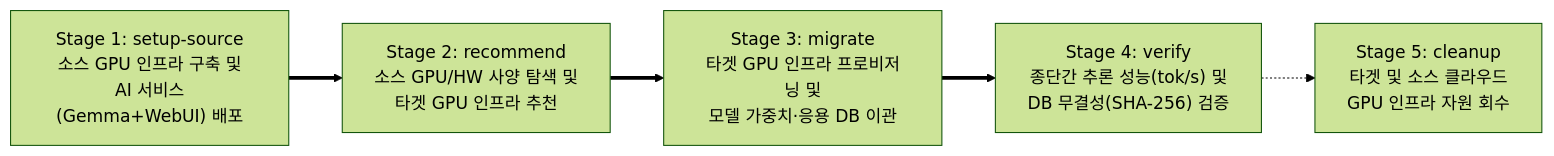
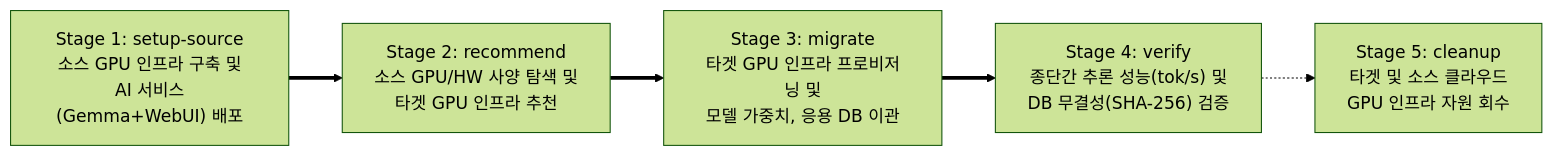
The first of 15 diagrams in docs/poc/ai-service-migration-design.md (cloud-barista/cm-beetle), drawn with Mermaid (forest theme) before and after one commit. The commit also changed other lines of this file and 8 other files, not shown here.

````diff
--- a/docs/poc/ai-service-migration-design.md
+++ b/docs/poc/ai-service-migration-design.md
@@ -61,10 +61,10 @@
 ```mermaid
 flowchart LR
     S1["Stage 1: setup-source\n소스 GPU 인프라 구축 및\nAI 서비스(Gemma+WebUI) 배포"]
     S2["Stage 2: recommend\n소스 GPU/HW 사양 탐색 및\n타겟 GPU 인프라 추천"]
-    S3["Stage 3: migrate\n타겟 GPU 인프라 프로비저닝 및\n모델 가중치·응용 DB 이관"]
+    S3["Stage 3: migrate\n타겟 GPU 인프라 프로비저닝 및\n모델 가중치, 응용 DB 이관"]
     S4["Stage 4: verify\n종단간 추론 성능(tok/s) 및\nDB 무결성(SHA-256) 검증"]
     S5["Stage 5: cleanup\n타겟 및 소스 클라우드\nGPU 인프라 자원 회수"]
 
     S1 ==> S2 ==> S3 ==> S4 -.-> S5
 ```
````
